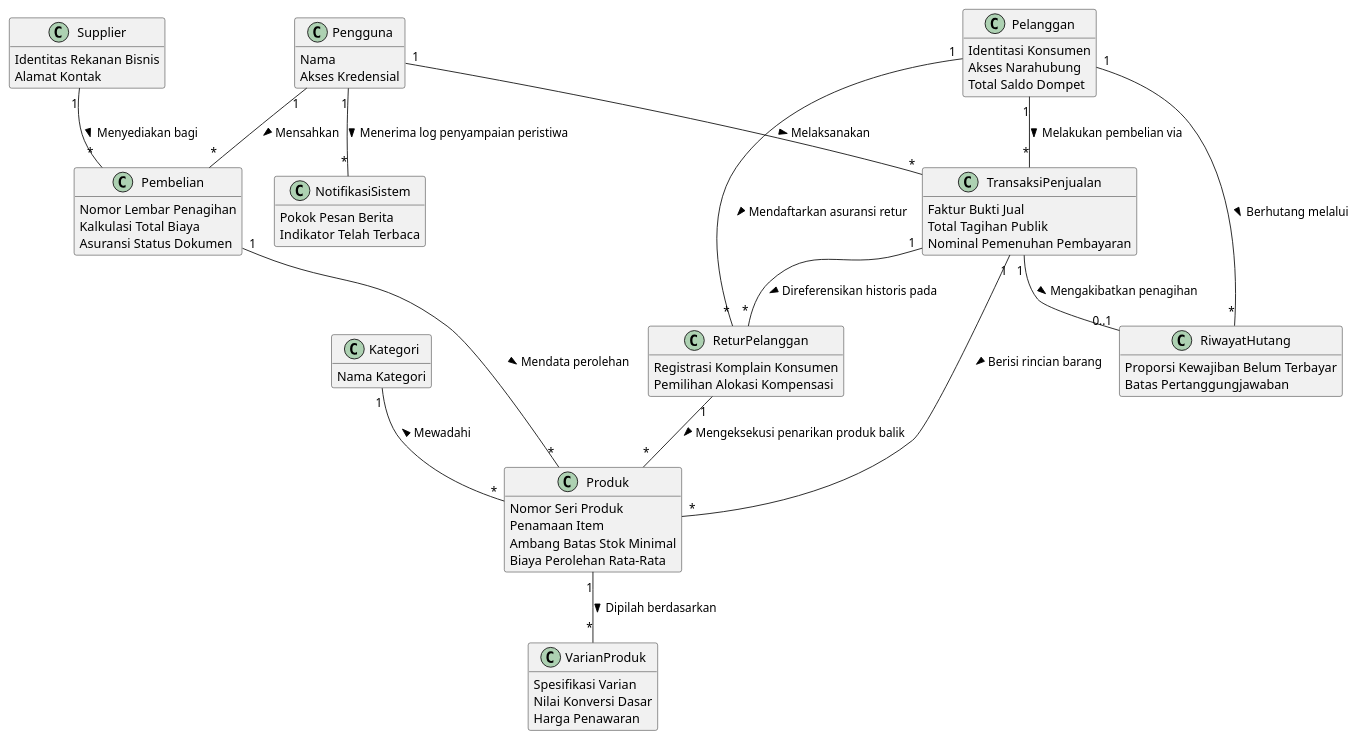
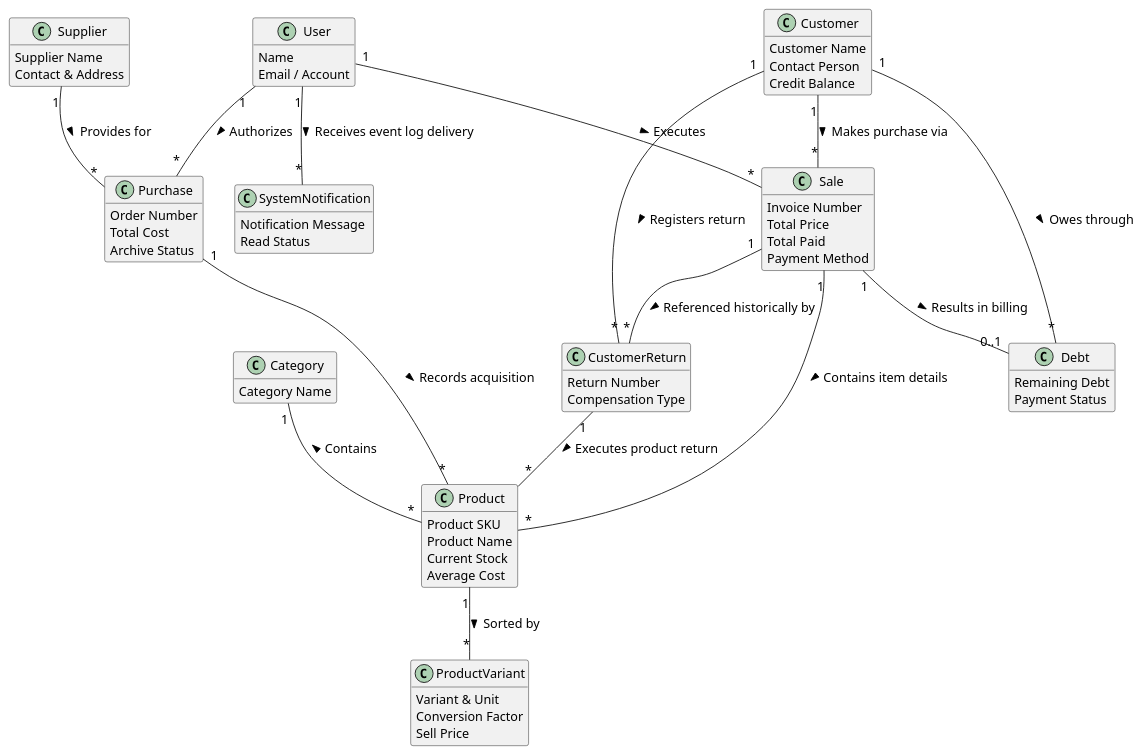
The diagram in docs/uml-class-overview.puml (Aditiarzky/pos-app), drawn with PlantUML before and after one commit. The commit also changed 75 other files, not shown here.

Commit message:
[fix] Implement sale and return status update functionality (complete/cancel)

```diff
--- a/docs/uml-class-overview.puml
+++ b/docs/uml-class-overview.puml
@@ -1,87 +1,89 @@
-@startuml
+@startuml System_Overview_Class_Diagram
 hide methods
 skinparam classAttributeIconSize 0
+skinparam defaultFontSize 14
+skinparam titleFontSize 20
 
-class Pengguna {
-  Nama
-  Akses Kredensial
+class User {
+  Name
+  Email / Account
 }
 
-class Kategori {
-  Nama Kategori
+class Category {
+  Category Name
 }
 
-class Produk {
-  Nomor Seri Produk
-  Penamaan Item
-  Ambang Batas Stok Minimal
-  Biaya Perolehan Rata-Rata
+class Product {
+  Product SKU
+  Product Name
+  Current Stock
+  Average Cost
 }
 
-class VarianProduk {
-  Spesifikasi Varian
-  Nilai Konversi Dasar
-  Harga Penawaran
+class ProductVariant {
+  Variant & Unit
+  Conversion Factor
+  Sell Price
 }
 
 class Supplier {
-  Identitas Rekanan Bisnis
-  Alamat Kontak
+  Supplier Name
+  Contact & Address
 }
 
-class Pelanggan {
-  Identitasi Konsumen
-  Akses Narahubung
-  Total Saldo Dompet
+class Customer {
+  Customer Name
+  Contact Person
+  Credit Balance
 }
 
-class Pembelian {
-  Nomor Lembar Penagihan
-  Kalkulasi Total Biaya
-  Asuransi Status Dokumen
+class Purchase {
+  Order Number
+  Total Cost
+  Archive Status
 }
 
-class TransaksiPenjualan {
-  Faktur Bukti Jual
-  Total Tagihan Publik
-  Nominal Pemenuhan Pembayaran
-  Skema Pendanaan (Metode)
+class Sale {
+  Invoice Number
+  Total Price
+  Total Paid
+  Payment Method
 }
 
-class RiwayatHutang {
-  Proporsi Kewajiban Belum Terbayar
-  Batas Pertanggungjawaban
+class Debt {
+  Remaining Debt
+  Payment Status
 }
 
-class ReturPelanggan {
-  Registrasi Komplain Konsumen
-  Pemilihan Alokasi Kompensasi
+class CustomerReturn {
+  Return Number
+  Compensation Type
 }
 
-class NotifikasiSistem {
-  Pokok Pesan Berita
-  Indikator Telah Terbaca
+class SystemNotification {
+  Notification Message
+  Read Status
 }
 
 ' Relational Mapping Models
-Pengguna "1" -- "*" TransaksiPenjualan : Melaksanakan >
-Pengguna "1" -- "*" Pembelian : Mensahkan >
+User "1" -- "*" Sale : Executes >
+User "1" -- "*" Purchase : Authorizes >
 
-Kategori "1" -- "*" Produk : Mewadahi <
-Produk "1" -- "*" VarianProduk : Dipilah berdasarkan >
+Category "1" -- "*" Product : Contains <
+Product "1" -- "*" ProductVariant : Sorted by >
 
-Supplier "1" -- "*" Pembelian : Menyediakan bagi >
-Pembelian "1" -- "*" Produk : Mendata perolehan >
+Supplier "1" -- "*" Purchase : Provides for >
+Purchase "1" -- "*" Product : Records acquisition >
 
-Pelanggan "1" -- "*" TransaksiPenjualan : Melakukan pembelian via >
-Pelanggan "1" -- "*" RiwayatHutang : Berhutang melalui >
-Pelanggan "1" -- "*" ReturPelanggan : Mendaftarkan asuransi retur >
+Customer "1" -- "*" Sale : Makes purchase via >
+Customer "1" -- "*" Debt : Owes through >
+Customer "1" -- "*" CustomerReturn : Registers return >
 
-TransaksiPenjualan "1" -- "*" Produk : Berisi rincian barang >
-TransaksiPenjualan "1" -- "0..1" RiwayatHutang : Mengakibatkan penagihan >
-TransaksiPenjualan "1" -- "*" ReturPelanggan : Direferensikan historis pada >
+Sale "1" -- "*" Product : Contains item details >
+Sale "1" -- "0..1" Debt : Results in billing >
+Sale "1" -- "*" CustomerReturn : Referenced historically by >
 
-ReturPelanggan "1" -- "*" Produk : Mengeksekusi penarikan produk balik >
+CustomerReturn "1" -- "*" Product : Executes product return >
 
-Pengguna "1" -- "*" NotifikasiSistem : Menerima log penyampaian peristiwa >
+User "1" -- "*" SystemNotification : Receives event log delivery >
 @enduml
```
